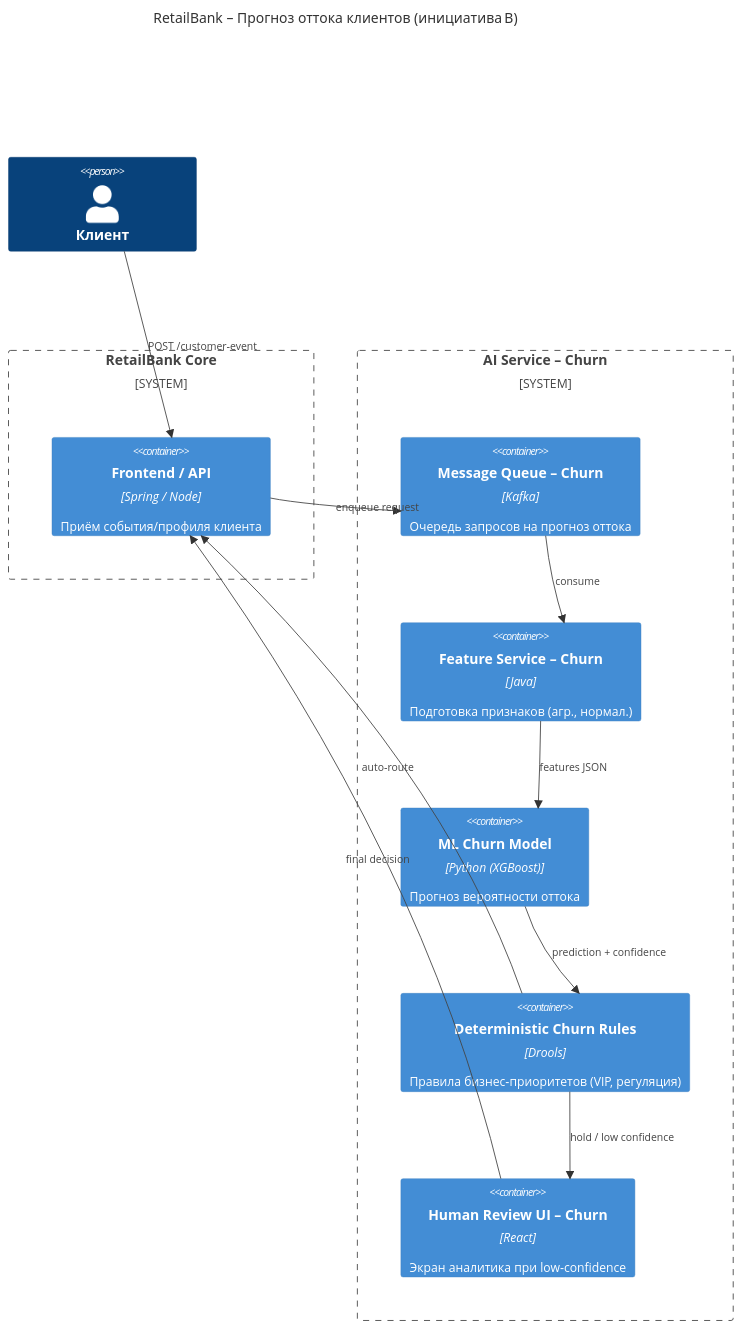
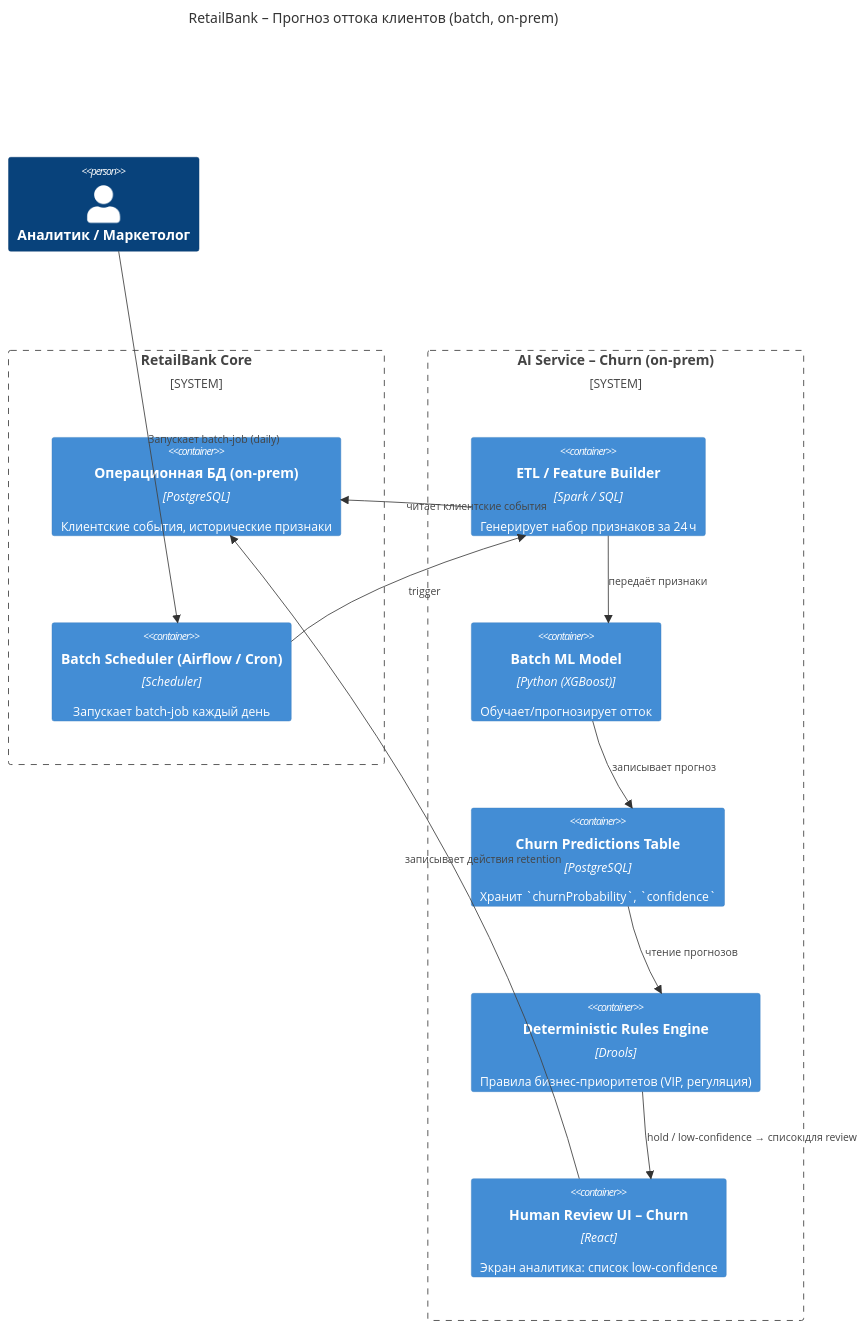
The fourth of 4 diagrams in Task3/AIarchitecture.md (dvtar91/RetailBank), drawn with Mermaid before and after one commit. The commit also changed other lines of this file, not shown here.

````diff
--- a/Task3/AIarchitecture.md
+++ b/Task3/AIarchitecture.md
@@ -109,24 +109,25 @@
 ```mermaid
 C4Context
-title RetailBank – Прогноз оттока клиентов (инициатива B)
+title RetailBank – Прогноз оттока клиентов (batch, on‑prem)
 
-Person(customer, "Клиент")
+Person(analyst, "Аналитик / Маркетолог")
 System_Boundary(rb, "RetailBank Core") {
-    Container(API, "Frontend / API", "Spring / Node", "Приём события/профиля клиента")
+    Container(Db, "Операционная БД (on‑prem)", "PostgreSQL", "Клиентские события, исторические признаки")
+    Container(Scheduler, "Batch Scheduler (Airflow / Cron)", "Scheduler", "Запускает batch‑job каждый день")
 }
-System_Boundary(aiChurn, "AI Service – Churn") {
-    Container(ChurnQueue, "Message Queue – Churn", "Kafka", "Очередь запросов на прогноз оттока")
-    Container(Preproc, "Feature Service – Churn", "Java", "Подготовка признаков (агр., нормал.)")
-    Container(ChurnModel, "ML Churn Model", "Python (XGBoost)", "Прогноз вероятности оттока")
-    Container(ChurnRules, "Deterministic Churn Rules", "Drools", "Правила бизнес‑приоритетов (VIP, регуляция)")
-    Container(ChurnHumanUI, "Human Review UI – Churn", "React", "Экран аналитика при low‑confidence")
+System_Boundary(aiChurn, "AI Service – Churn (on‑prem)") {
+    Container(ETL, "ETL / Feature Builder", "Spark / SQL", "Генерирует набор признаков за 24 ч")
+    Container(ChurnModel, "Batch ML Model", "Python (XGBoost)", "Обучает/прогнозирует отток")
+    Container(PredTable, "Churn Predictions Table", "PostgreSQL", "Хранит `churnProbability`, `confidence`")
+    Container(Rules, "Deterministic Rules Engine", "Drools", "Правила бизнес‑приоритетов (VIP, регуляция)")
+    Container(HumanUI, "Human Review UI – Churn", "React", "Экран аналитика: список low‑confidence")
 }
-Rel(customer, API, "POST /customer‑event")
-Rel(API, ChurnQueue, "enqueue request")
-Rel(ChurnQueue, Preproc, "consume")
-Rel(Preproc, ChurnModel, "features JSON")
-Rel(ChurnModel, ChurnRules, "prediction + confidence")
-Rel(ChurnRules, API, "auto‑route")
-Rel(ChurnRules, ChurnHumanUI, "hold / low confidence")
-Rel(ChurnHumanUI, API, "final decision")
+Rel(analyst, Scheduler, "Запускает batch‑job (daily)")
+Rel(Scheduler, ETL, "trigger")
+Rel(ETL, Db, "читает клиентские события")
+Rel(ETL, ChurnModel, "передаёт признаки")
+Rel(ChurnModel, PredTable, "записывает прогноз")
+Rel(PredTable, Rules, "чтение прогнозов")
+Rel(Rules, HumanUI, "hold / low‑confidence → список для review")
+Rel(HumanUI, Db, "записывает действия retention")
 ```
````
